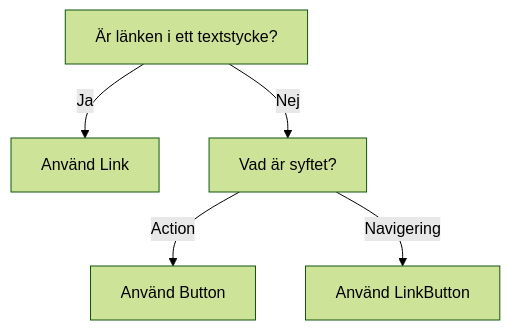
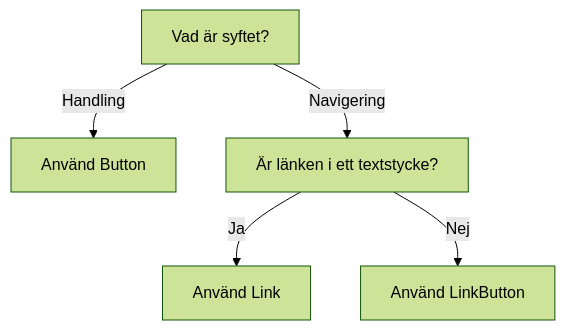
Before and after one commit to migrationsverket/midas: the diagram in apps/docs/docs/components/link-button.mdx, drawn with Mermaid (forest theme). The commit also changed 2 other files, not shown here.

Commit message:
docs(button flowchart): fix flowchart order
DS-474

````diff
--- a/apps/docs/docs/components/link-button.mdx
+++ b/apps/docs/docs/components/link-button.mdx
@@ -70,7 +70,12 @@
 ```mermaid
 flowchart TD;
-    A[Är länken i ett textstycke?]:::primary-->|Ja| C[Använd Link]
-    A-->|Nej| B[Vad är syftet?]:::primary
-    B-->|Action| D[Använd Button]
-    B -->|Navigering| E[Använd LinkButton]:::primary
+
+    A[Vad är syftet?]:::primary
+    A-->|Handling| B[Använd Button]
+    A -->|Navigering| C[Är länken i ett textstycke?]:::primary
+    C--> |Ja| D[Använd Link]
+    C-->|Nej| E[Använd LinkButton]:::primary
+    
+
+
 ```
````
